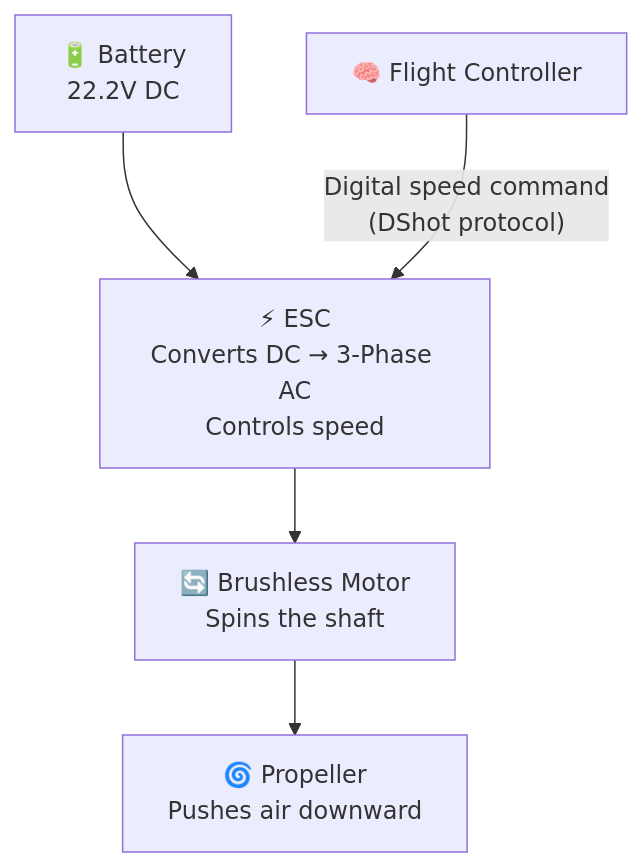
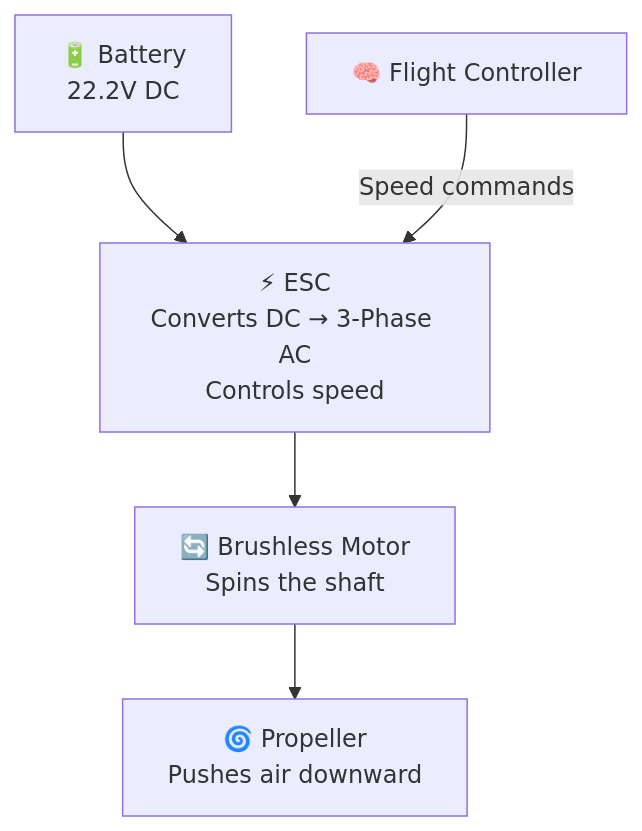
The third of 10 diagrams in docs/content/basics.md (oyegunmen/JanFlight), drawn with Mermaid before and after one commit. The commit also changed other lines of this file and 5 other files, not shown here.

````diff
--- a/docs/content/basics.md
+++ b/docs/content/basics.md
@@ -121,5 +112,5 @@
 ```mermaid
 flowchart TD
     BAT["🔋 Battery\n22.2V DC"] --> ESC["⚡ ESC\nConverts DC → 3-Phase AC\nControls speed"] --> MOT["🔄 Brushless Motor\nSpins the shaft"] --> PROP["🌀 Propeller\nPushes air downward"]
-    FC["🧠 Flight Controller"] -->|"Digital speed command\n(DShot protocol)"| ESC
+    FC["🧠 Flight Controller"] -->|"Speed commands"| ESC
 ```
````
